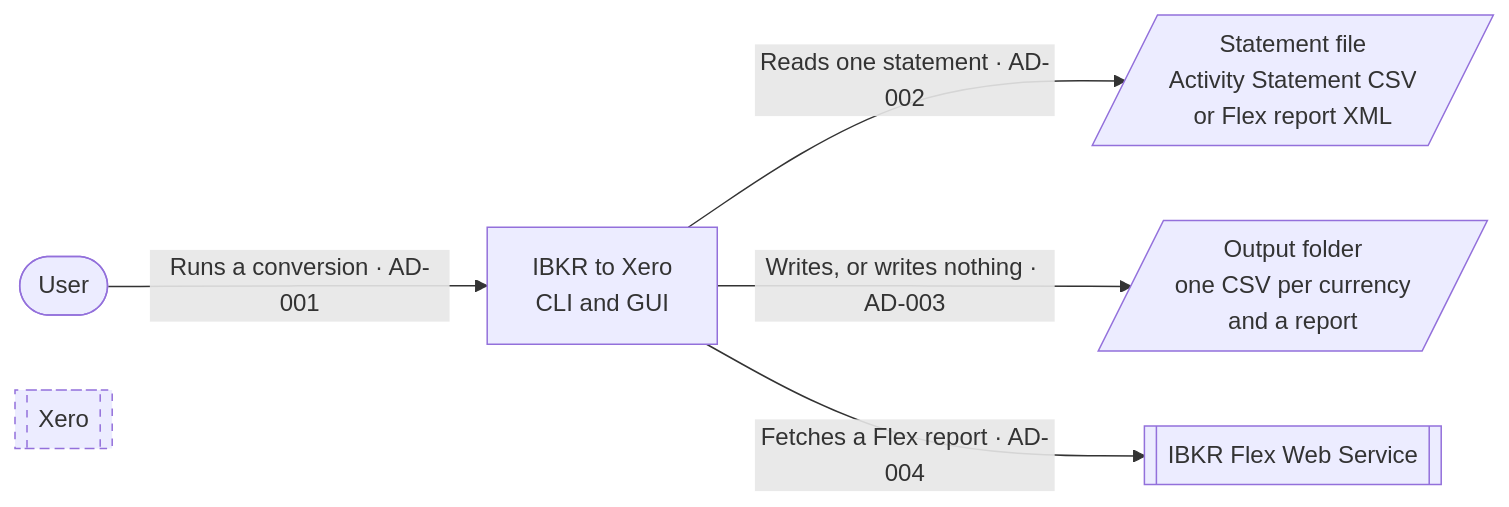
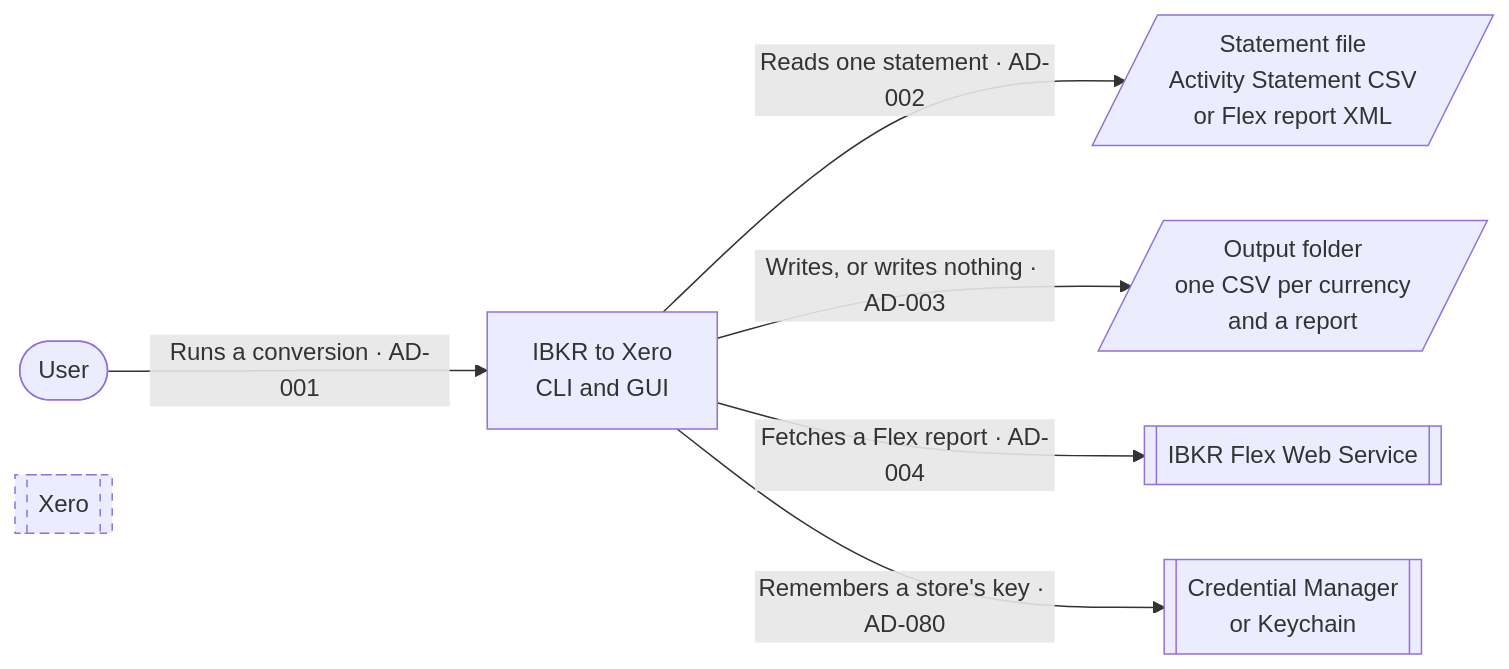
Before and after one commit to skoulik/IBKR-to-Xero: the first of 2 diagrams in ARCHITECTURE.md, drawn with Mermaid. The commit also changed other lines of this file and 3 other files, not shown here.

First line of the commit message:
Add the vault: the store's keys, sealed files, the remembered key

````diff
--- a/ARCHITECTURE.md
+++ b/ARCHITECTURE.md
@@ -48,16 +49,18 @@
 ```mermaid
 flowchart LR
     user([User])
     app["IBKR to Xero<br/>CLI and GUI"]
     statement[/"Statement file<br/>Activity Statement CSV<br/>or Flex report XML"/]
     out[/"Output folder<br/>one CSV per currency<br/>and a report"/]
     ibkr[["IBKR Flex Web Service"]]
     xero[["Xero"]]
+    creds[["Credential Manager<br/>or Keychain"]]
 
     user -->|Runs a conversion · AD-001| app
     app -->|Reads one statement · AD-002| statement
     app -->|Writes, or writes nothing · AD-003| out
     app -->|Fetches a Flex report · AD-004| ibkr
+    app -->|Remembers a store's key · AD-080| creds
 
     style xero stroke-dasharray: 5 5
 ```
````
